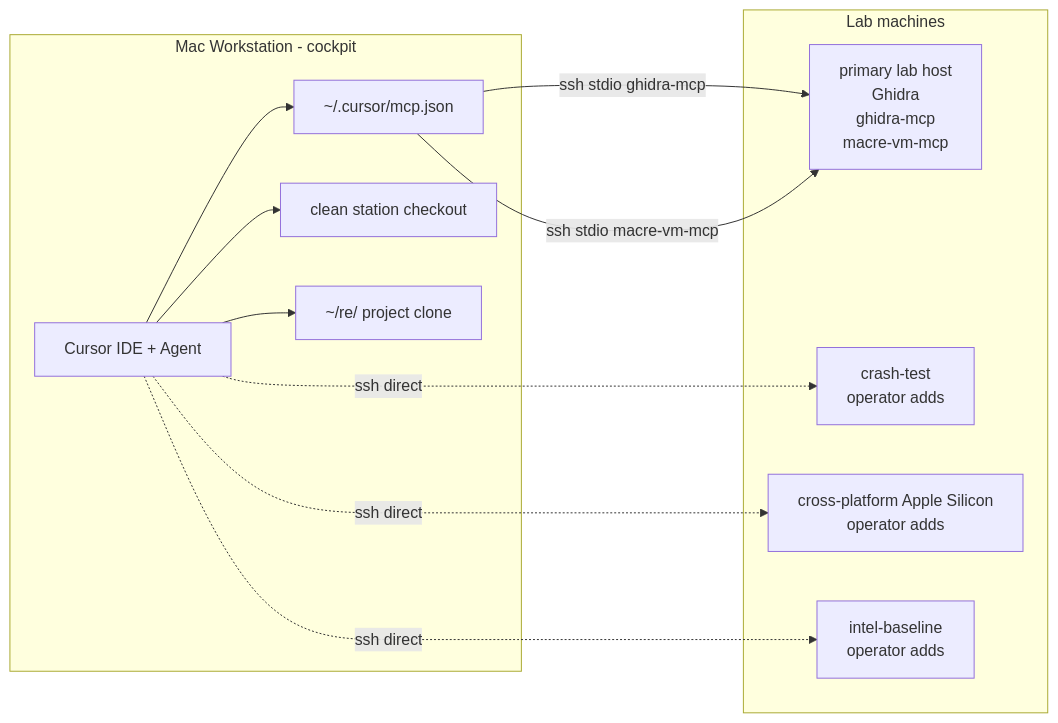
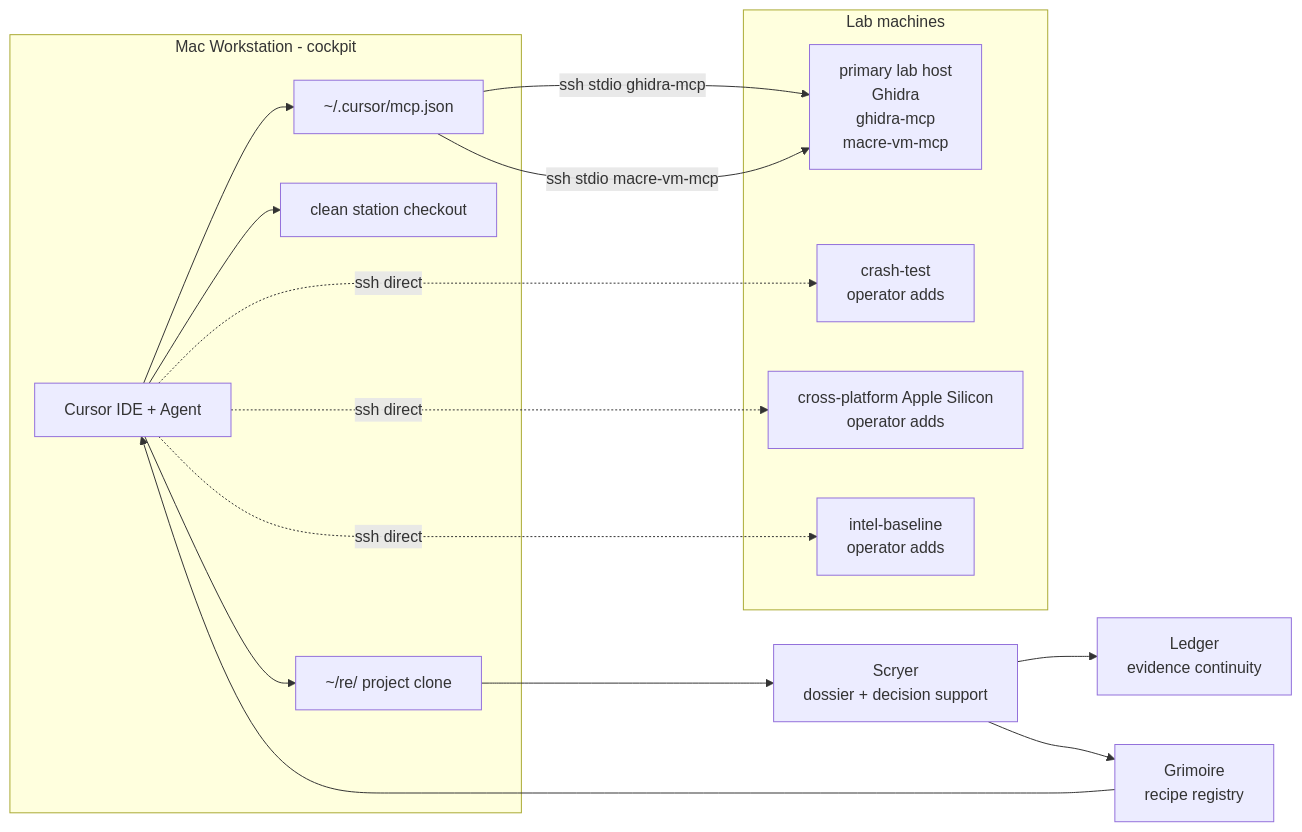
The diagram in docs/topology.md (UnsaltedHash42/mac-reversing-station), drawn with Mermaid before and after one commit. The commit also changed other lines of this file and 28 other files, not shown here.

````diff
--- a/docs/topology.md
+++ b/docs/topology.md
@@ -7,25 +7,29 @@
 ```mermaid
 flowchart LR
     subgraph Workstation["Mac Workstation - cockpit"]
         Cursor["Cursor IDE + Agent"]
         MCP["~/.cursor/mcp.json"]
         Template["clean station checkout"]
         Project["~/re/<project> project clone"]
     end
 
     subgraph Lab["Lab machines"]
         Primary["primary lab host<br/>Ghidra<br/>ghidra-mcp<br/>macre-vm-mcp"]
         Crash["crash-test<br/>operator adds"]
         Cross["cross-platform Apple Silicon<br/>operator adds"]
         Intel["intel-baseline<br/>operator adds"]
     end
 
     Cursor --> MCP
     MCP -->|"ssh stdio ghidra-mcp"| Primary
     MCP -->|"ssh stdio macre-vm-mcp"| Primary
     Cursor --> Template
     Cursor --> Project
+    Project --> Scryer["Scryer<br/>dossier + decision support"]
+    Scryer --> Ledger["Ledger<br/>evidence continuity"]
+    Scryer --> Grimoire["Grimoire<br/>recipe registry"]
+    Grimoire --> Cursor
     Cursor -.->|"ssh direct"| Crash
     Cursor -.->|"ssh direct"| Cross
     Cursor -.->|"ssh direct"| Intel
 ```
````
